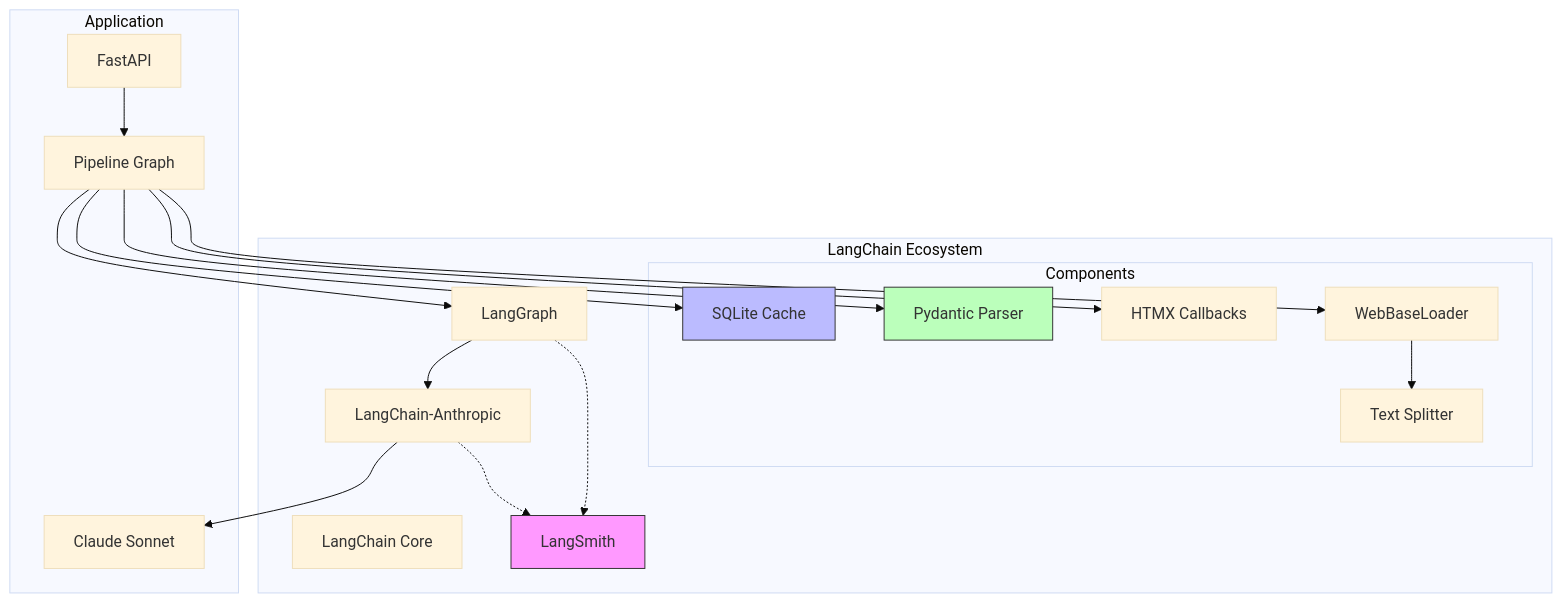
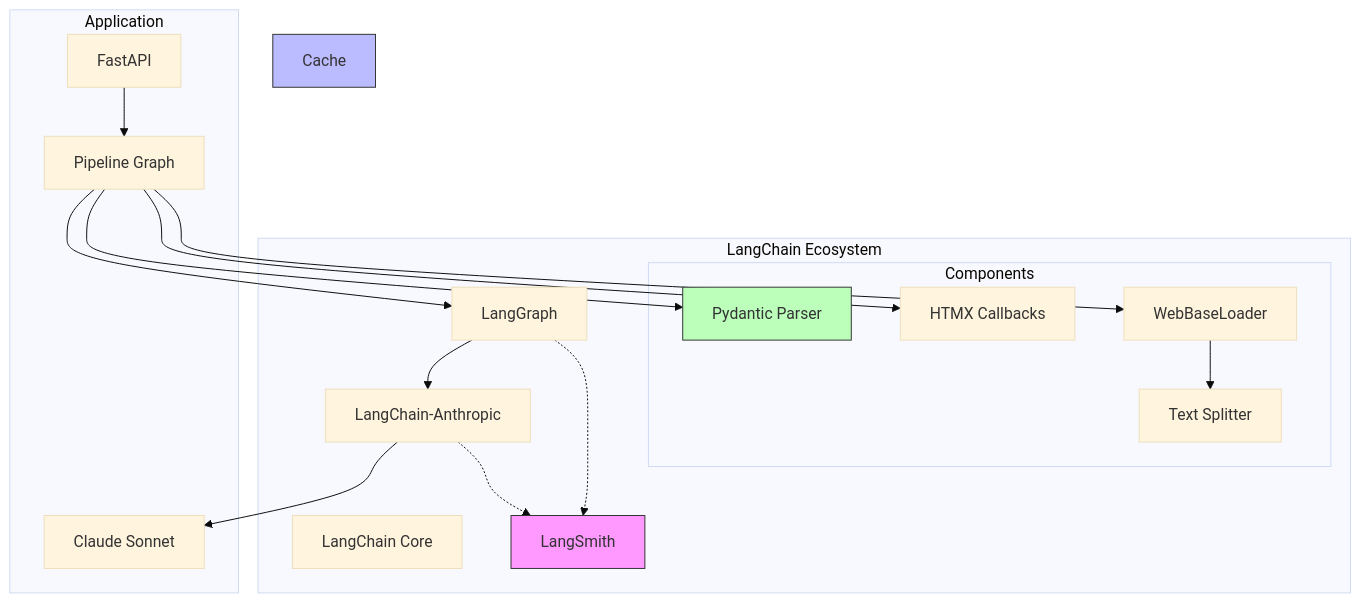
The fifth of 5 diagrams in docs/architecture.md (darth-dodo/hn-herald), drawn with Mermaid (base theme) before and after one commit. The commit also changed other lines of this file and 5 other files, not shown here.

First line of the commit message:
docs: remove false SQLite cache claims and fix outdated counts

````diff
--- a/docs/architecture.md
+++ b/docs/architecture.md
@@ -860,41 +837,39 @@
 ```mermaid
 graph TB
     subgraph "LangChain Ecosystem"
         LC[LangChain Core]
         LG[LangGraph]
         LA[LangChain-Anthropic]
         LS[LangSmith]
 
         subgraph "Components"
-            Cache[SQLite Cache]
             Parser[Pydantic Parser]
             Callback[HTMX Callbacks]
             Loader[WebBaseLoader]
             Splitter[Text Splitter]
         end
     end
 
     subgraph "Application"
         API[FastAPI]
         Graph[Pipeline Graph]
         LLM[Claude Sonnet]
     end
 
     API --> Graph
     Graph --> LG
     LG --> LA
     LA --> LLM
 
-    Graph --> Cache
     Graph --> Parser
     Graph --> Callback
     Graph --> Loader
     Loader --> Splitter
 
     LG -.-> LS
     LA -.-> LS
 
     style LS fill:#f9f,stroke:#333
     style Cache fill:#bbf,stroke:#333
     style Parser fill:#bfb,stroke:#333
 ```
````
